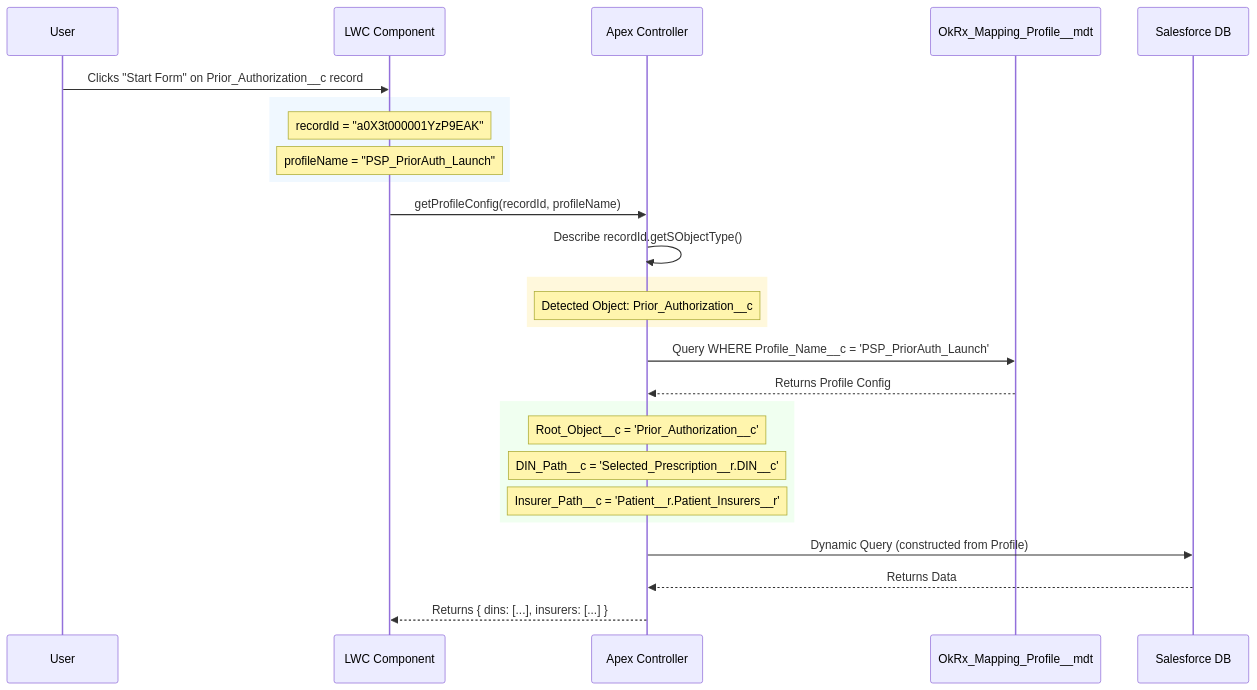
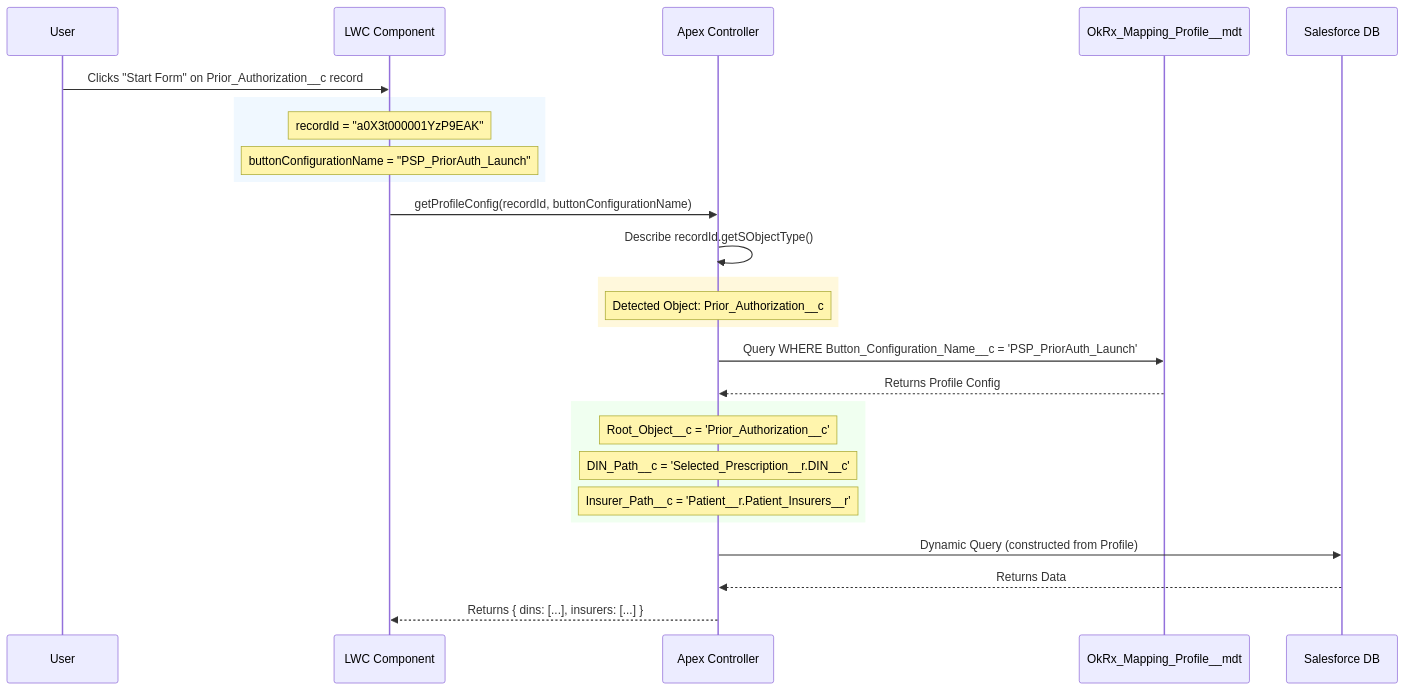
Before and after one commit to SaketLeven/OkRxSalesForceConnector: the first of 5 diagrams in README.md, drawn with Mermaid. The commit also changed other lines of this file, not shown here.

````diff
--- a/README.md
+++ b/README.md
@@ -258,35 +143,35 @@
 ```mermaid
 sequenceDiagram
     participant User
     participant LWC as LWC Component
     participant Apex as Apex Controller
     participant Metadata as OkRx_Mapping_Profile__mdt
     participant DB as Salesforce DB
 
     User->>LWC: Clicks "Start Form" on Prior_Authorization__c record
     
     rect rgb(240, 248, 255)
     Note over LWC: recordId = "a0X3t000001YzP9EAK"
-    Note over LWC: profileName = "PSP_PriorAuth_Launch"
+    Note over LWC: buttonConfigurationName = "PSP_PriorAuth_Launch"
     end
     
-    LWC->>Apex: getProfileConfig(recordId, profileName)
+    LWC->>Apex: getProfileConfig(recordId, buttonConfigurationName)
     Apex->>Apex: Describe recordId.getSObjectType()
     
     rect rgb(255, 248, 220)
     Note over Apex: Detected Object: Prior_Authorization__c
     end
     
-    Apex->>Metadata: Query WHERE Profile_Name__c = 'PSP_PriorAuth_Launch'
+    Apex->>Metadata: Query WHERE Button_Configuration_Name__c = 'PSP_PriorAuth_Launch'
     Metadata-->>Apex: Returns Profile Config
     
     rect rgb(240, 255, 240)
     Note over Apex: Root_Object__c = 'Prior_Authorization__c'
     Note over Apex: DIN_Path__c = 'Selected_Prescription__r.DIN__c'
     Note over Apex: Insurer_Path__c = 'Patient__r.Patient_Insurers__r'
     end
     
     Apex->>DB: Dynamic Query (constructed from Profile)
     DB-->>Apex: Returns Data
     Apex-->>LWC: Returns { dins: [...], insurers: [...] }
 ```
````
